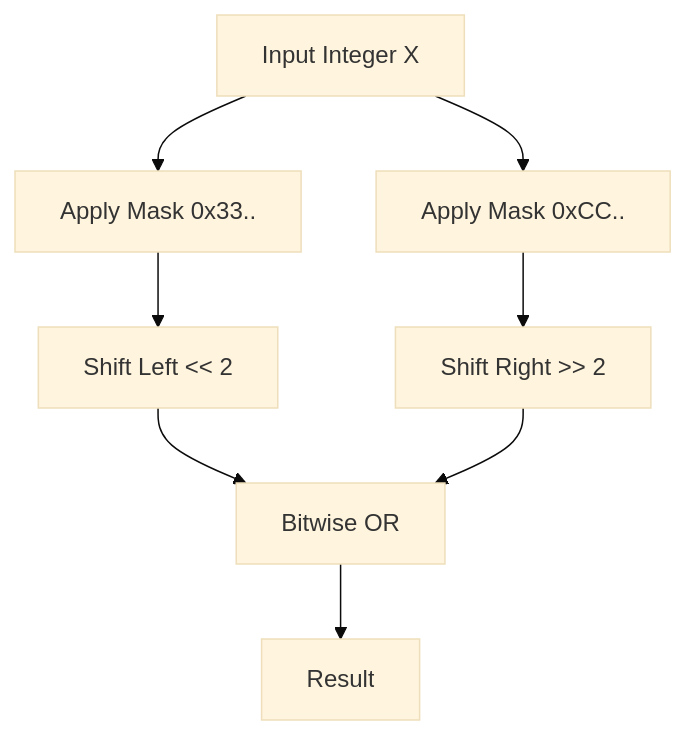
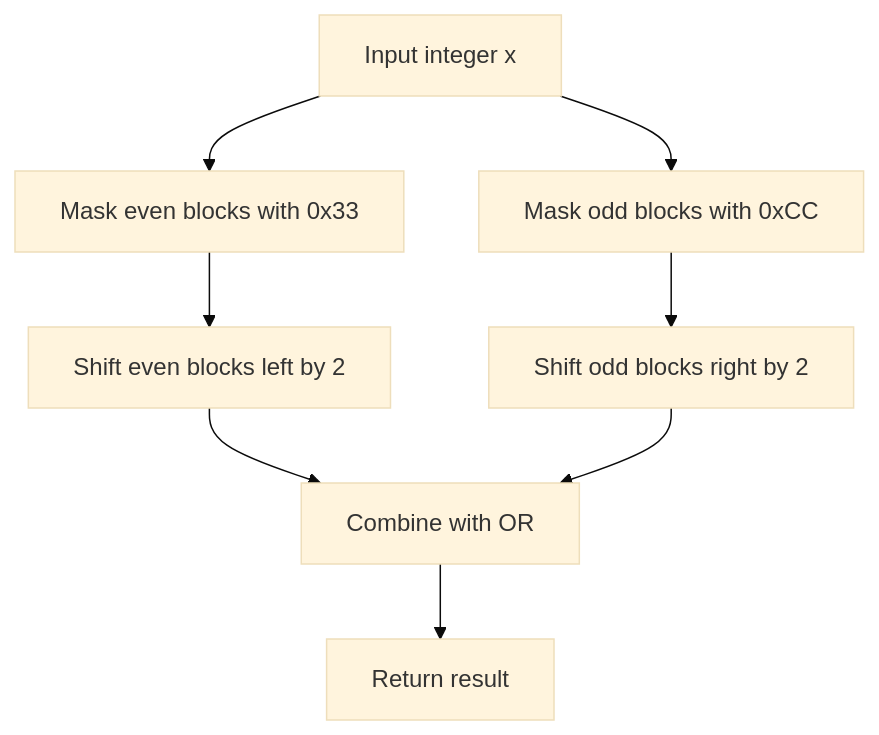
Before and after one commit to GundalaNikhil/DSA: the diagram in dsa-problems/Bitwise/editorials/BIT-015-swap-adjacent-2bit-blocks.md, drawn with Mermaid (base theme). The commit also changed other lines of this file and 429 other files, not shown here.

````diff
--- a/dsa-problems/Bitwise/editorials/BIT-015-swap-adjacent-2bit-blocks.md
+++ b/dsa-problems/Bitwise/editorials/BIT-015-swap-adjacent-2bit-blocks.md
@@ -72,10 +74,10 @@
 ```mermaid
-graph TD
-    Input[Input Integer X] --> MaskEven[Apply Mask 0x33..]
-    Input --> MaskOdd[Apply Mask 0xCC..]
-    MaskEven --> ShiftLeft[Shift Left << 2]
-    MaskOdd --> ShiftRight[Shift Right >> 2]
-    ShiftLeft --> OR[Bitwise OR]
-    ShiftRight --> OR
-    OR --> Result
+flowchart TD
+    A[Input integer x] --> B[Mask even blocks with 0x33]
+    A --> C[Mask odd blocks with 0xCC]
+    B --> D[Shift even blocks left by 2]
+    C --> E[Shift odd blocks right by 2]
+    D --> F[Combine with OR]
+    E --> F
+    F --> G[Return result]
 ```
````
